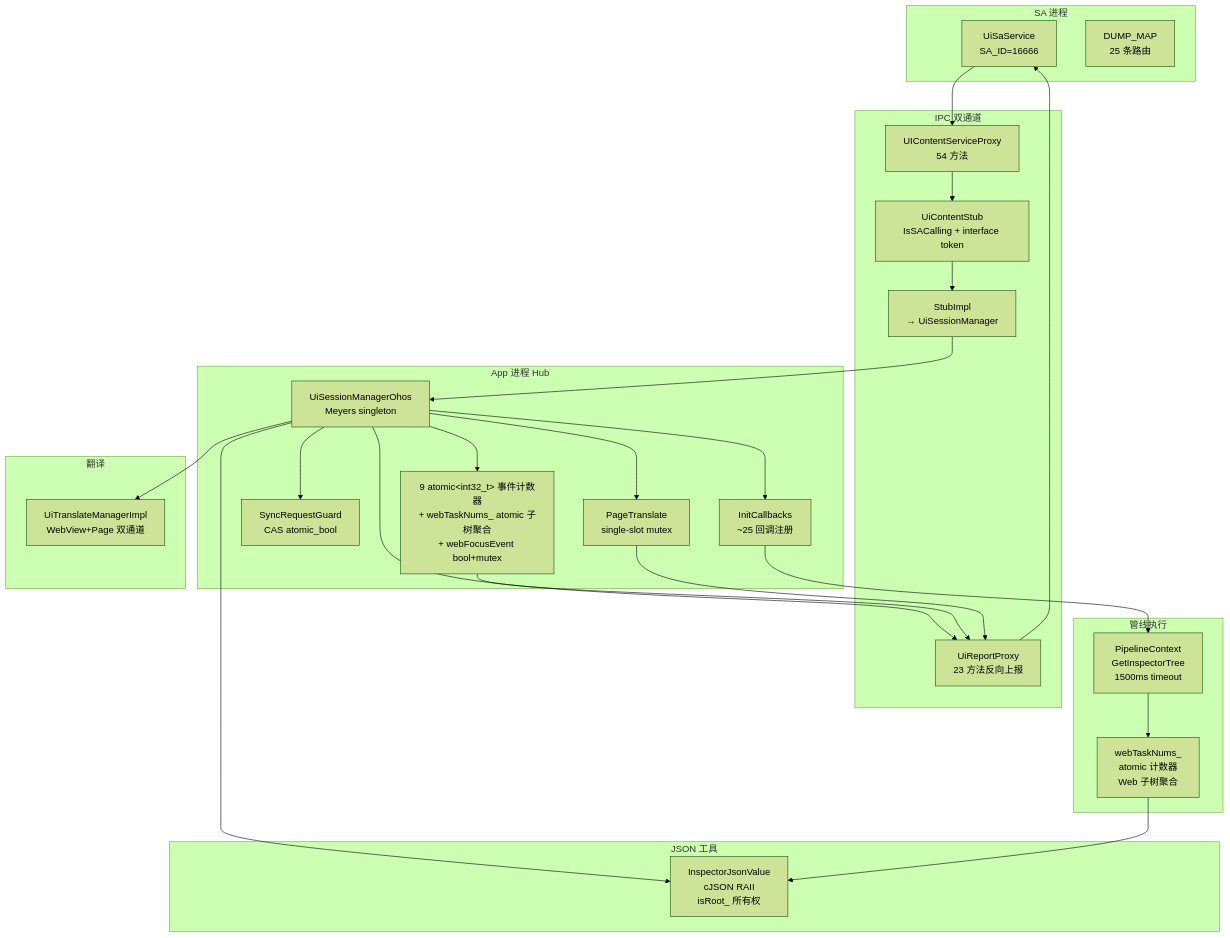
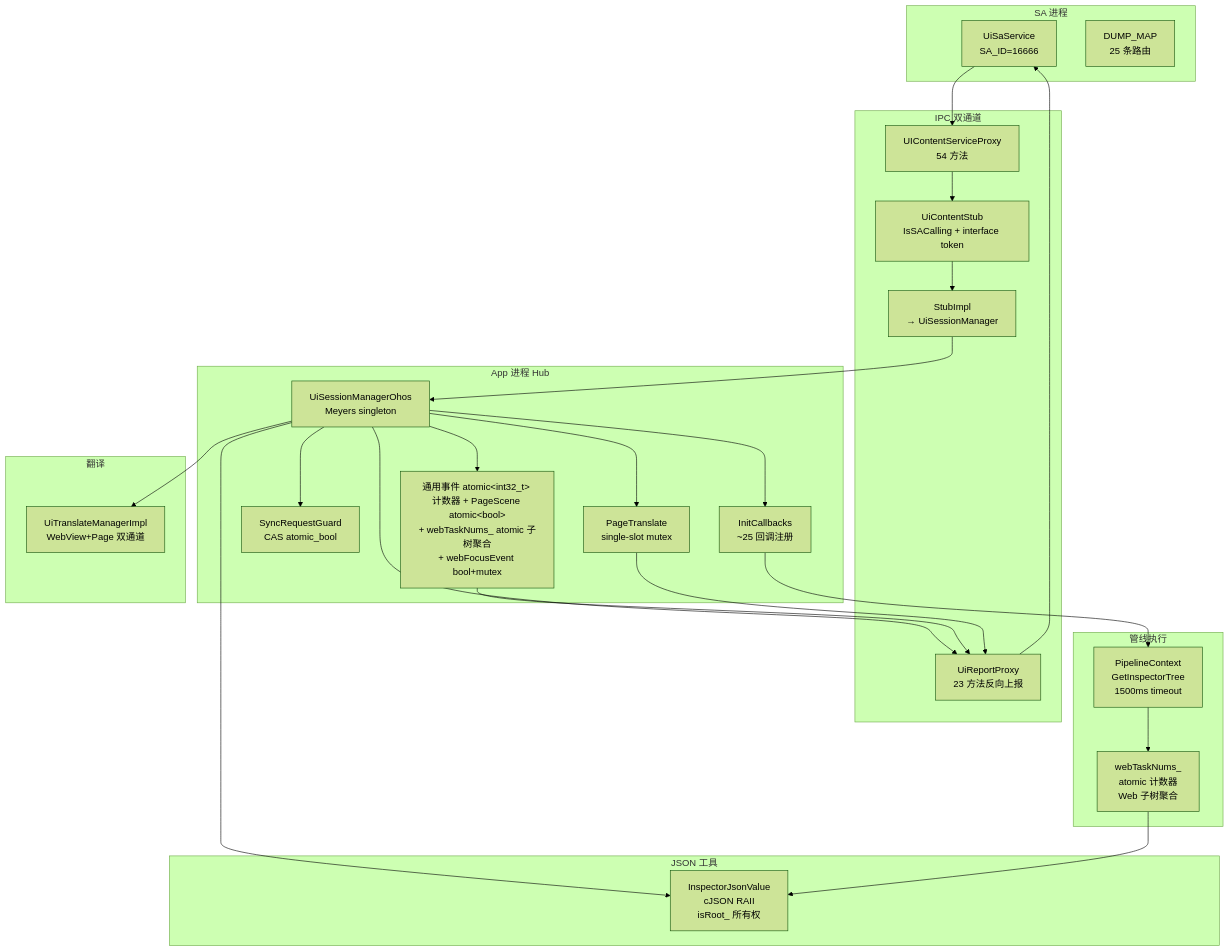
One commit to cleeshark/arkui_specs changed the first of 13 diagrams in 03-engine-framework/09-uisession/01-uisession-service/design.md. Above: the diagram before and after it, drawn with Mermaid (forest theme). The commit also changed other lines of this file and 3 other files, not shown here.

First line of the commit message:
PageScene 搜索功能识别专项设计（RR-30095586）

````diff
--- a/03-engine-framework/09-uisession/01-uisession-service/design.md
+++ b/03-engine-framework/09-uisession/01-uisession-service/design.md
@@ -212,45 +237,45 @@
 ```mermaid
 graph TB
     subgraph "SA 进程"
         SA["UiSaService<br/>SA_ID=16666"]
         DM["DUMP_MAP<br/>25 条路由"]
     end
 
     subgraph "IPC 双通道"
         PROXY["UIContentServiceProxy<br/>54 方法"]
         STUB["UiContentStub<br/>IsSACalling + interface token"]
         STUBIMPL["StubImpl<br/>→ UiSessionManager"]
         RPROXY["UiReportProxy<br/>23 方法反向上报"]
     end
 
     subgraph "App 进程 Hub"
         HUB["UiSessionManagerOhos<br/>Meyers singleton"]
         CB["InitCallbacks<br/>~25 回调注册"]
         GUARD["SyncRequestGuard<br/>CAS atomic_bool"]
-        EVT["9 atomic&lt;int32_t&gt; 事件计数器<br/>+ webTaskNums_ atomic 子树聚合<br/>+ webFocusEvent bool+mutex"]
+        EVT["通用事件 atomic&lt;int32_t&gt; 计数器 + PageScene atomic&lt;bool&gt;<br/>+ webTaskNums_ atomic 子树聚合<br/>+ webFocusEvent bool+mutex"]
         PTMUTEX["PageTranslate<br/>single-slot mutex"]
     end
 
     subgraph "JSON 工具"
         JSON["InspectorJsonValue<br/>cJSON RAII<br/>isRoot_ 所有权"]
     end
 
     subgraph "管线执行"
         PIPE["PipelineContext<br/>GetInspectorTree<br/>1500ms timeout"]
         WEB["webTaskNums_<br/>atomic 计数器<br/>Web 子树聚合"]
     end
 
     subgraph "翻译"
         TRANS["UiTranslateManagerImpl<br/>WebView+Page 双通道"]
     end
 
     SA --> PROXY --> STUB --> STUBIMPL --> HUB
     HUB --> RPROXY --> SA
     HUB --> JSON
     HUB --> CB --> PIPE
     PIPE --> WEB --> JSON
     HUB --> EVT --> RPROXY
     HUB --> PTMUTEX --> RPROXY
     HUB --> GUARD
     HUB --> TRANS
 ```
````
